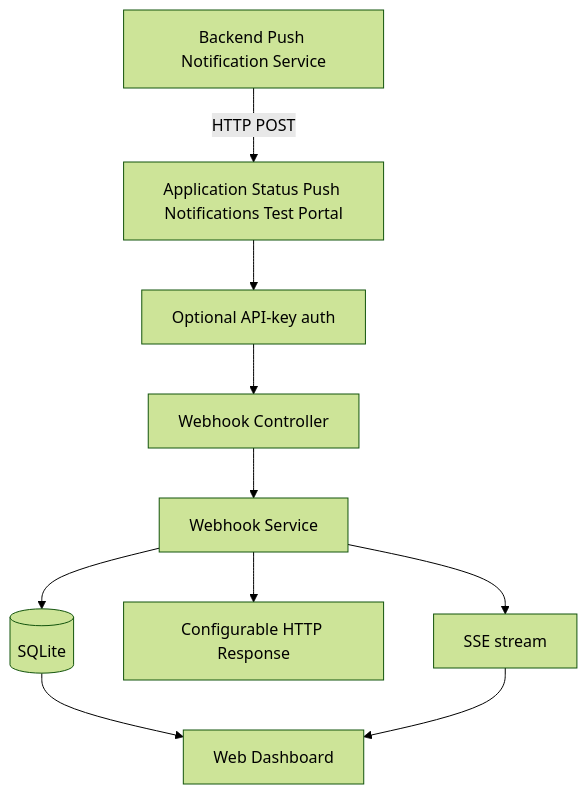
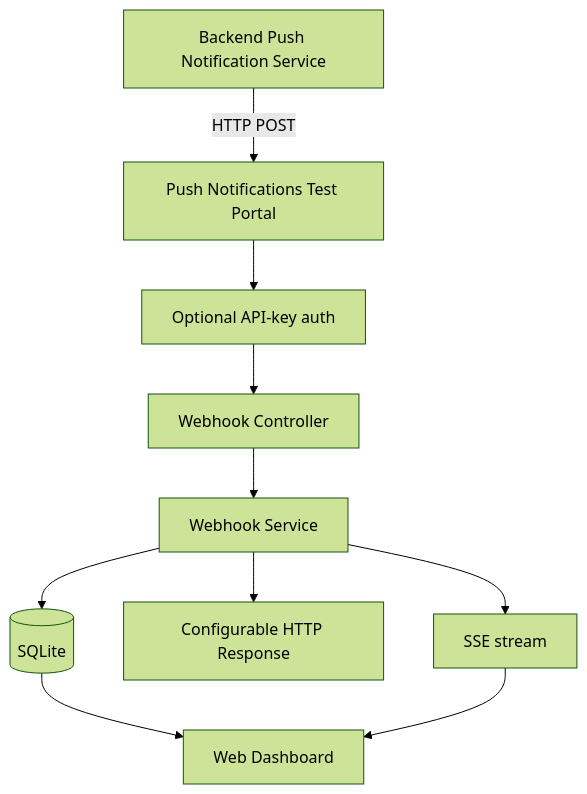
The diagram in IRI Push Webhook App/README.md (jyndrkhole/AI-Coding-Mini-Projects), drawn with Mermaid (forest theme) before and after one commit. The commit also changed other lines of this file and 12 other files, not shown here.

Commit message:
Shorten the product name to Push Notifications Test Portal.

````diff
--- a/IRI Push Webhook App/README.md
+++ b/IRI Push Webhook App/README.md
@@ -27,13 +27,13 @@
 ```mermaid
 flowchart TD
     A[Backend Push Notification Service]
-      -->|HTTP POST| B[Application Status Push Notifications Test Portal]
+      -->|HTTP POST| B[Push Notifications Test Portal]
     B --> C[Optional API-key auth]
     C --> D[Webhook Controller]
     D --> E[Webhook Service]
     E --> F[(SQLite)]
     E --> G[Configurable HTTP Response]
     F --> H[Web Dashboard]
     E --> I[SSE stream]
     I --> H
 ```
````
